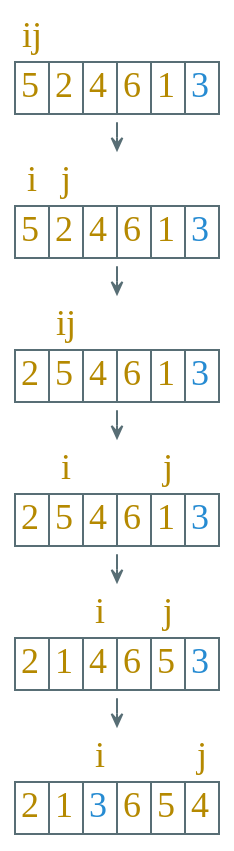
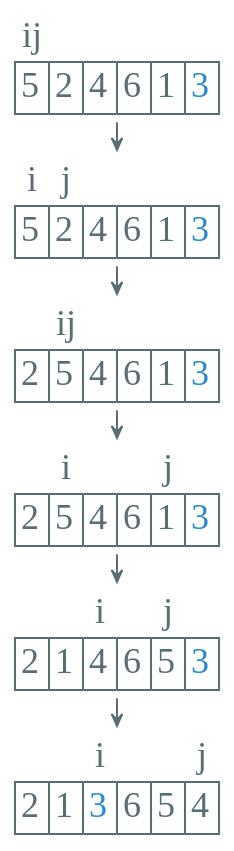
The diagram in dot/sorting/partition.dot (Avanti1980/course-alg), drawn with Graphviz before and after one commit. The commit also changed 13 other files, not shown here.

```diff
--- a/dot/sorting/partition.dot
+++ b/dot/sorting/partition.dot
@@ -1,69 +1,62 @@
 digraph g {
-    bgcolor=transparent
-    graph [nodesep=0.4, ranksep=0.2]
-    rankdir=TB
-    node [shape=none, color="#586e75", fontcolor="#b58900", fontsize=18, fontname="YsabeauText, FZFWZhuZiGuDianSLMC"]
-    edge [arrowhead=vee, color="#586e75", fontcolor="#268bd2", fontsize=16, fontname="YsabeauText, FZFWZhuZiGuDianSLMC", arrowsize=0.6]
-
+    bgcolor="transparent";
+    graph [nodesep=0.4, ranksep=0.2];
+    rankdir="TB";
+    node [shape="none", color="#586e75", fontcolor="#586e75", fontsize=18, fontname="YsabeauText, FZFWZhuZiGuDianSLMC"];
+    edge [arrowhead="vee", color="#586e75", fontcolor="#268bd2", fontsize=16, fontname="YsabeauText, FZFWZhuZiGuDianSLMC", arrowsize=0.6];
     n1 [label=<<table width="3" cellspacing="0" border="0"><tr>
         <td border="0">ij</td></tr><tr>
         <td border="1">5</td>
         <td border="1">2</td>
         <td border="1">4</td>
         <td border="1">6</td>
         <td border="1">1</td>
         <td border="1"><font color="#268bd2">3</font></td>
-        </tr></table>>]
-
+        </tr></table>>];
     n2 [label=<<table width="3" cellspacing="0" border="0"><tr>
         <td border="0">i</td><td border="0">j</td></tr><tr>
         <td border="1">5</td>
         <td border="1">2</td>
         <td border="1">4</td>
         <td border="1">6</td>
         <td border="1">1</td>
         <td border="1"><font color="#268bd2">3</font></td>
-        </tr></table>>]
-
+        </tr></table>>];
     n3 [label=<<table width="3" cellspacing="0" border="0"><tr>
         <td></td><td border="0">ij</td></tr><tr>
         <td border="1">2</td>
         <td border="1">5</td>
         <td border="1">4</td>
         <td border="1">6</td>
         <td border="1">1</td>
         <td border="1"><font color="#268bd2">3</font></td>
-        </tr></table>>]
-
+        </tr></table>>];
     n5 [label=<<table width="3" cellspacing="0" border="0"><tr>
         <td></td><td border="0">i</td><td></td><td></td><td border="0">j</td></tr><tr>
         <td border="1">2</td>
         <td border="1">5</td>
         <td border="1">4</td>
         <td border="1">6</td>
         <td border="1">1</td>
         <td border="1"><font color="#268bd2">3</font></td>
-        </tr></table>>]
-
+        </tr></table>>];
     n6 [label=<<table width="3" cellspacing="0" border="0"><tr>
         <td></td><td></td><td border="0">i</td><td></td><td border="0">j</td></tr><tr>
         <td border="1">2</td>
         <td border="1">1</td>
         <td border="1">4</td>
         <td border="1">6</td>
         <td border="1">5</td>
         <td border="1"><font color="#268bd2">3</font></td>
-        </tr></table>>]
-
+        </tr></table>>];
     n7 [label=<<table width="3" cellspacing="0" border="0"><tr>
         <td></td><td></td><td border="0">i</td><td></td><td></td><td border="0">j</td></tr><tr>
         <td border="1">2</td>
         <td border="1">1</td>
         <td border="1"><font color="#268bd2">3</font></td>
         <td border="1">6</td>
         <td border="1">5</td>
         <td border="1">4</td>
-        </tr></table>>]
-
-    n1 -> n2 -> n3 -> n5 -> n6 -> n7
+        </tr></table>>];
+    n1 -> n2 -> n3 -> n5 -> n6 -> n7;
 }
```
